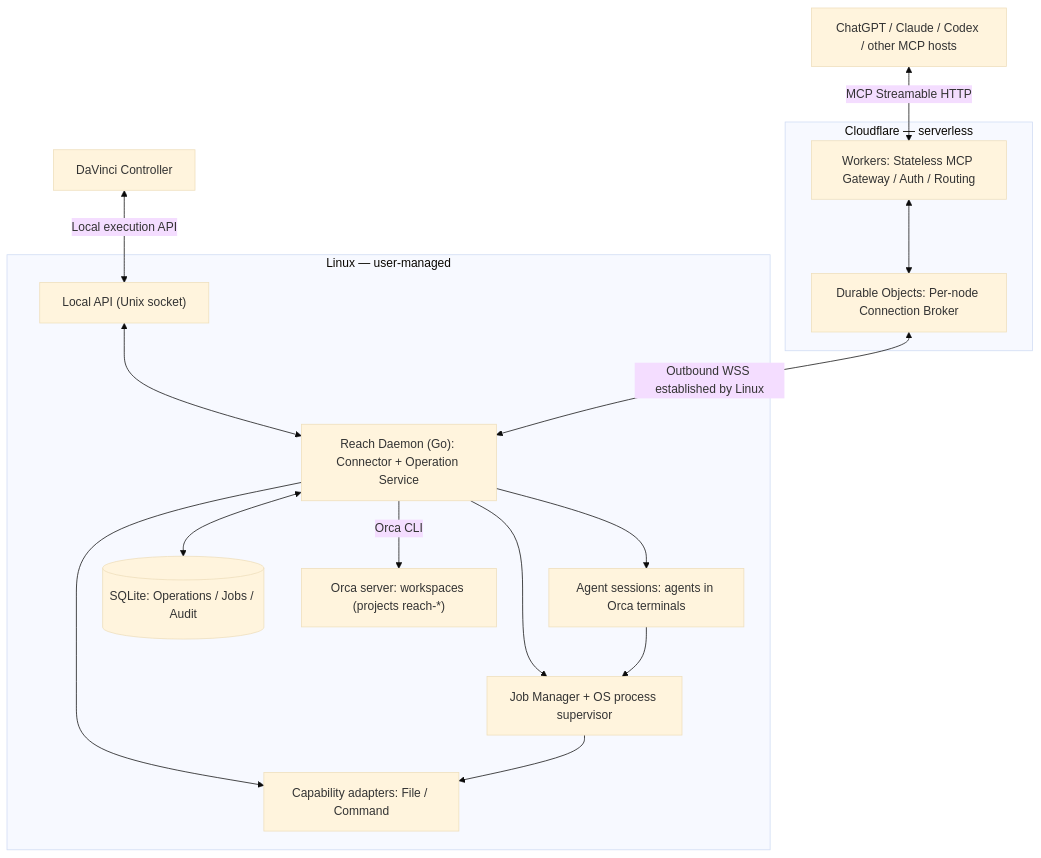
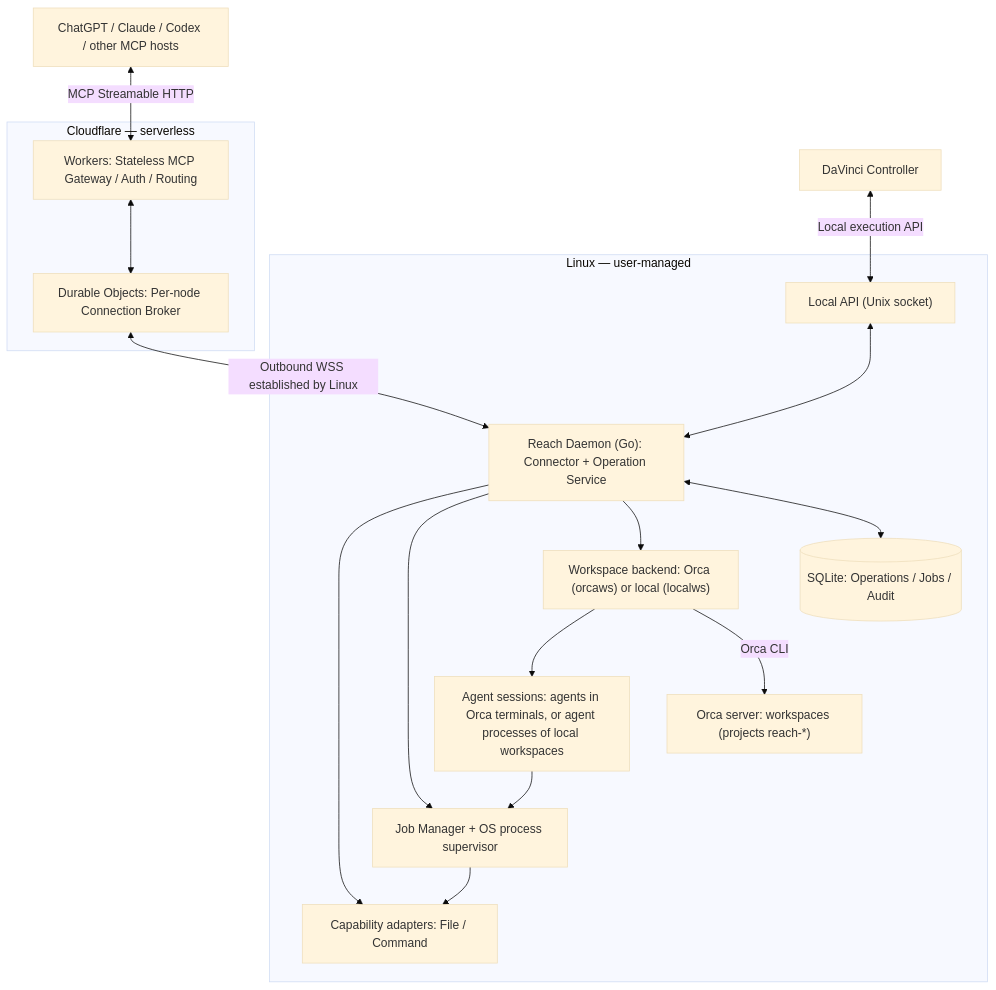
Before and after one commit to takezoh/syntoria-reach: the first of 2 diagrams in ARCHITECTURE.md, drawn with Mermaid (base theme). The commit also changed other lines of this file and 47 other files, not shown here.

```diff
--- a/ARCHITECTURE.md
+++ b/ARCHITECTURE.md
@@ -29,30 +29,32 @@
 ~~~mermaid
 flowchart TB
     Clients["ChatGPT / Claude / Codex / other MCP hosts"]
     DaVinci["DaVinci Controller"]
     subgraph CF["Cloudflare — serverless"]
         GW["Workers: Stateless MCP Gateway / Auth / Routing"]
         BR["Durable Objects: Per-node Connection Broker"]
         GW <--> BR
     end
     subgraph Host["Linux — user-managed"]
         REACH["Reach Daemon (Go): Connector + Operation Service"]
         LOCAL["Local API (Unix socket)"]
         CAP["Capability adapters: File / Command"]
-        PROC["Agent sessions: agents in Orca terminals"]
+        WS["Workspace backend: Orca (orcaws) or local (localws)"]
+        PROC["Agent sessions: agents in Orca terminals, or agent processes of local workspaces"]
         JOB["Job Manager + OS process supervisor"]
         ST[("SQLite: Operations / Jobs / Audit")]
         ORCA["Orca server: workspaces (projects reach-*)"]
         LOCAL <--> REACH
         REACH --> CAP
         REACH --> JOB
-        REACH --> PROC
+        REACH --> WS
+        WS --> PROC
         REACH <--> ST
-        REACH -->|"Orca CLI"| ORCA
+        WS -->|"Orca CLI"| ORCA
         PROC --> JOB
         JOB --> CAP
     end
     Clients <-->|"MCP Streamable HTTP"| GW
     BR <-->|"Outbound WSS established by Linux"| REACH
     DaVinci <-->|"Local execution API"| LOCAL
 ~~~
```
